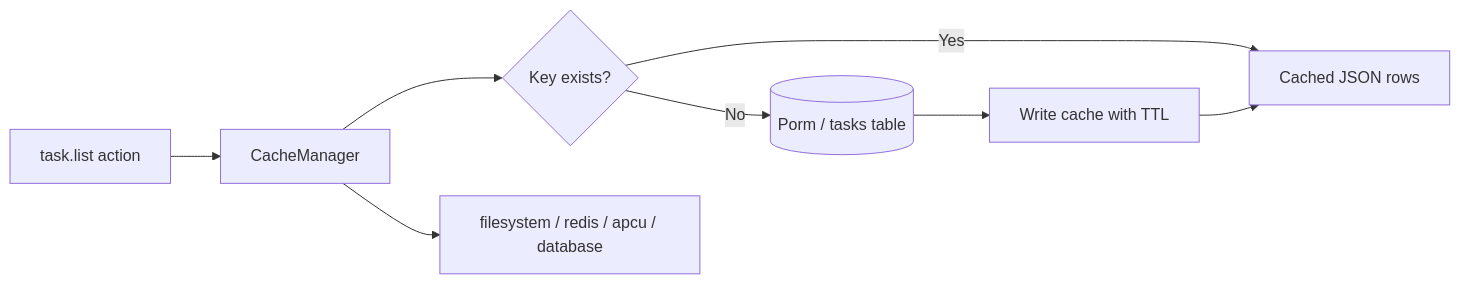
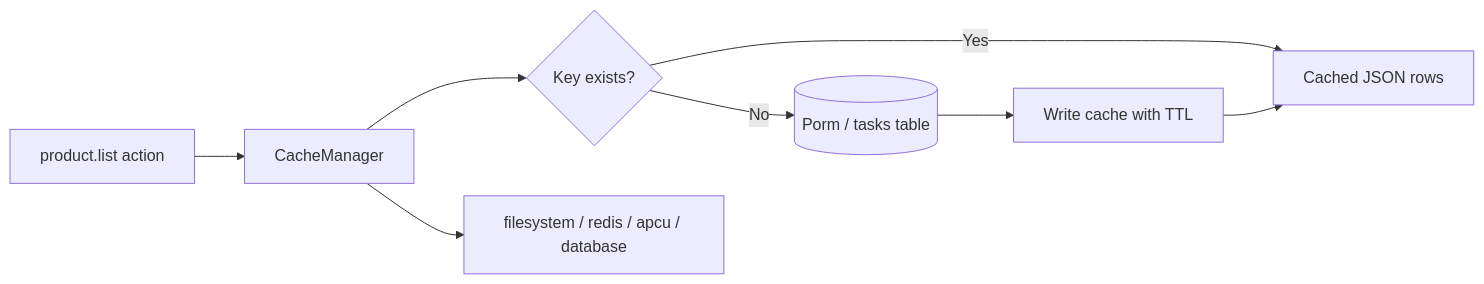
Before and after one commit to PioniaPHP-project/pionia-docs: the diagram in content/docs/documentation/operations/caching.md, drawn with Mermaid. The commit also changed other lines of this file and 268 other files, not shown here.

```diff
--- a/content/docs/documentation/operations/caching.md
+++ b/content/docs/documentation/operations/caching.md
@@ -35,10 +35,10 @@
 {{< mermaid >}}
 flowchart LR
-  Action["task.list action"] --> CM[CacheManager]
+  Action["product.list action"] --> CM[CacheManager]
   CM --> Hit{Key exists?}
   Hit -->|Yes| Return[Cached JSON rows]
   Hit -->|No| DB[("Porm / tasks table")]
   DB --> Store[Write cache with TTL]
   Store --> Return
   CM --> Backend["filesystem / redis / apcu / database"]
 {{< /mermaid >}}
```
